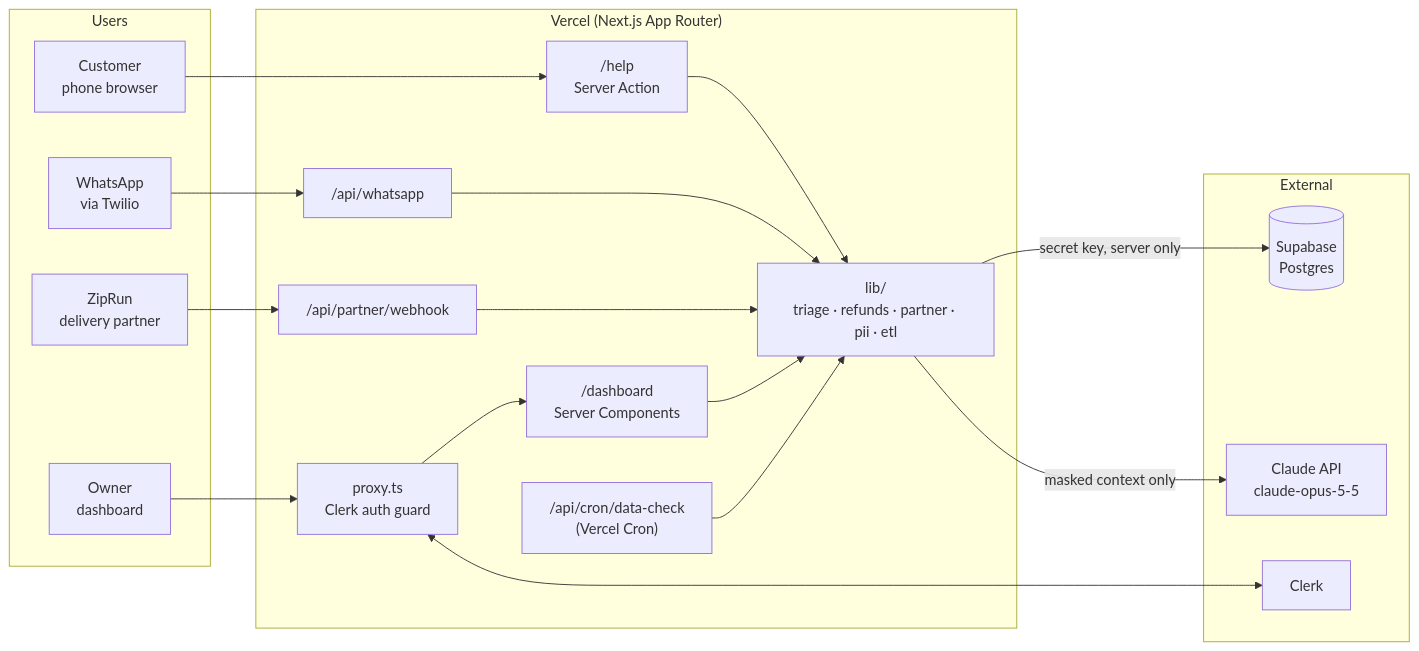
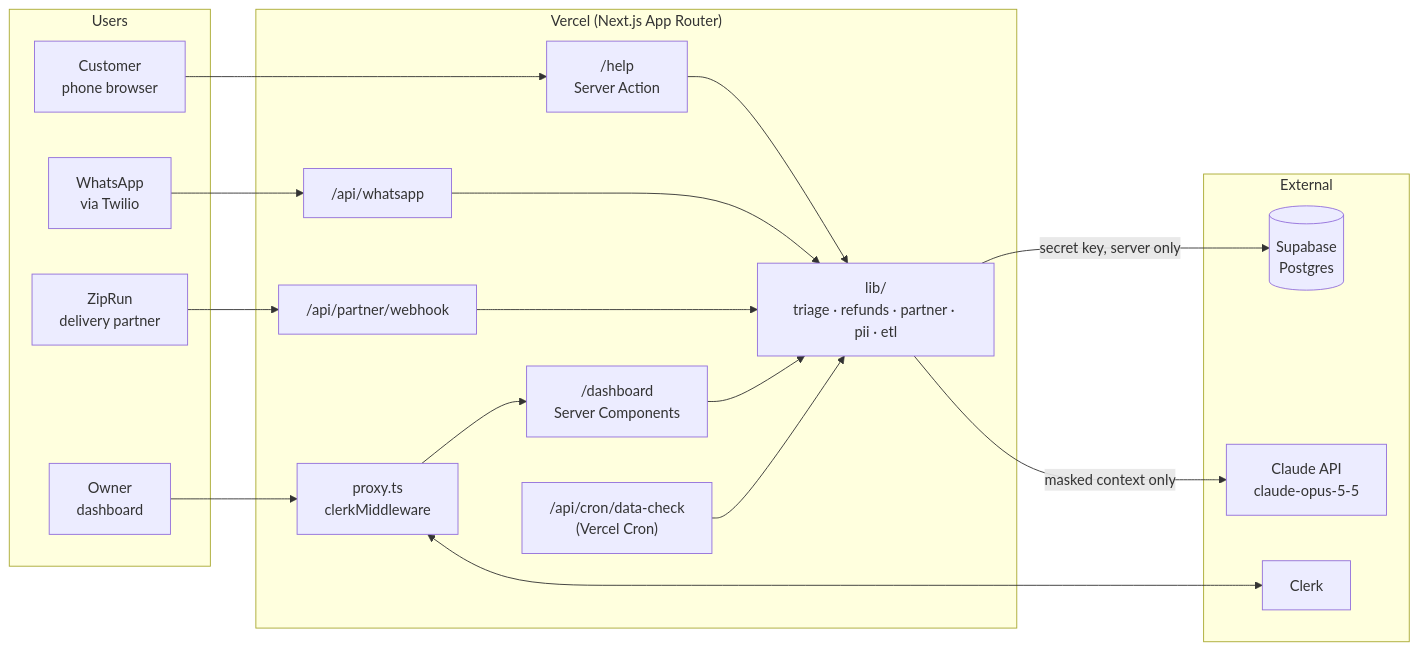
Before and after one commit to jindal-rohit540/dabba-desk-1: the first of 3 diagrams in docs/ARCHITECTURE.md, drawn with Mermaid. The commit also changed other lines of this file and 20 other files, not shown here.

````diff
--- a/docs/ARCHITECTURE.md
+++ b/docs/ARCHITECTURE.md
@@ -5,37 +5,37 @@
 ```mermaid
 flowchart LR
   subgraph Users
     C[Customer<br/>phone browser]
     O[Owner<br/>dashboard]
     W[WhatsApp<br/>via Twilio]
     Z[ZipRun<br/>delivery partner]
   end
 
   subgraph Vercel["Vercel (Next.js App Router)"]
     H["/help<br/>Server Action"]
     D["/dashboard<br/>Server Components"]
-    P[proxy.ts<br/>Clerk auth guard]
+    P[proxy.ts<br/>clerkMiddleware]
     API1["/api/partner/webhook"]
     API2["/api/whatsapp"]
     CRON["/api/cron/data-check<br/>(Vercel Cron)"]
     LIB["lib/<br/>triage · refunds · partner · pii · etl"]
   end
 
   subgraph External
     SB[(Supabase<br/>Postgres)]
     AI[Claude API<br/>claude-opus-5-5]
     CK[Clerk]
   end
 
   C --> H
   O --> P --> D
   W --> API2
   Z --> API1
   H & API2 --> LIB
   API1 --> LIB
   D --> LIB
   CRON --> LIB
   LIB -->|secret key, server only| SB
   LIB -->|masked context only| AI
   P <--> CK
 ```
````
